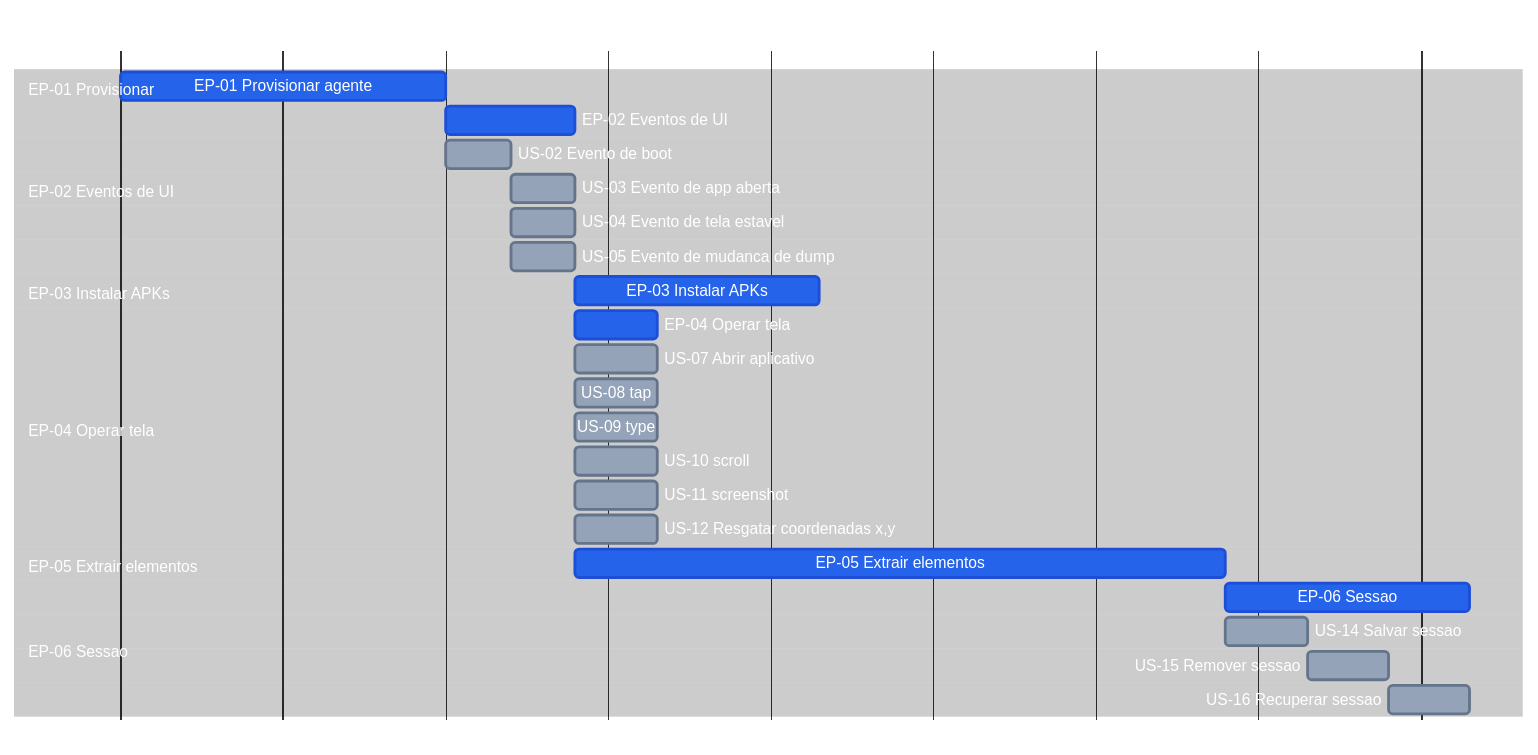
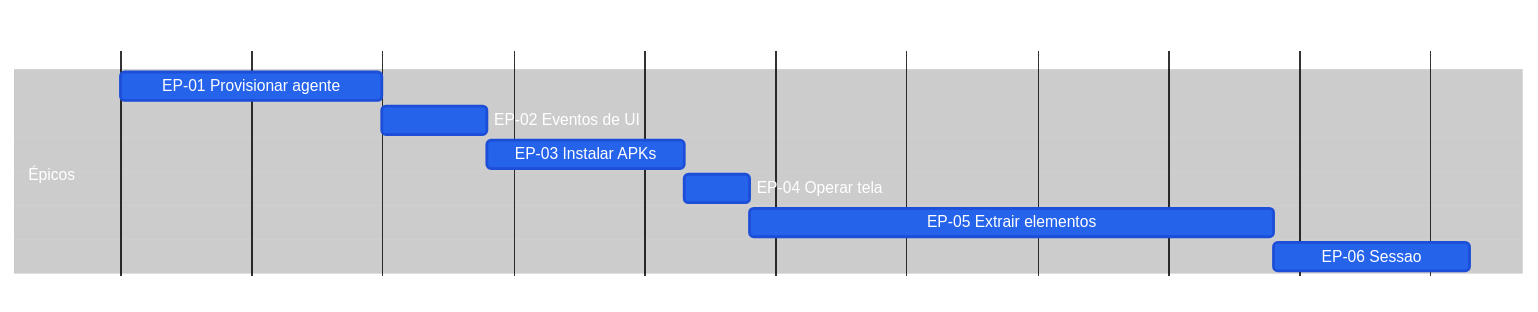
Before and after one commit to laerciogermano/workstation: the diagram in connectmax/screen-robot/roadmap.md, drawn with Mermaid. The commit also changed other lines of this file and 3 other files, not shown here.

First line of the commit message:
Roadmap só com fases maiores (épicos), sequenciais — sem US/SC no Gantt.

````diff
--- a/connectmax/screen-robot/roadmap.md
+++ b/connectmax/screen-robot/roadmap.md
@@ -9,70 +9,47 @@
 ```mermaid
 ---
 config:
   theme: base
   themeVariables:
     darkMode: true
     background: '#000000'
     primaryTextColor: '#ffffff'
     secondaryTextColor: '#ffffff'
     tertiaryTextColor: '#ffffff'
     textColor: '#ffffff'
     lineColor: '#333333'
     mainBkg: '#000000'
     secondaryColor: '#000000'
     tertiaryColor: '#000000'
     sectionBkgColor: '#000000'
     sectionBkgColor2: '#000000'
     altSectionBkgColor: '#000000'
     gridColor: '#222222'
     excludeBkgColor: '#000000'
     todayLineColor: '#444444'
     doneTaskBkgColor: '#2563eb'
     doneTaskBorderColor: '#1d4ed8'
     taskBkgColor: '#94a3b8'
     taskBorderColor: '#64748b'
     taskTextColor: '#ffffff'
     taskTextDarkColor: '#ffffff'
     taskTextLightColor: '#ffffff'
     taskTextOutsideColor: '#ffffff'
     critBkgColor: '#2563eb'
     critBorderColor: '#1d4ed8'
     activeTaskBkgColor: '#94a3b8'
     activeTaskBorderColor: '#64748b'
 ---
 gantt
-  title screen-robot EP/US minutos IA
+  title screen-robot épicos (sequencial)
   dateFormat X
   axisFormat %s
 
-  section EP-01 Provisionar
+  section Épicos
   EP-01 Provisionar agente              :done, ep01, 0, 60m
-
-  section EP-02 Eventos de UI
   EP-02 Eventos de UI                   :done, ep02, after ep01, 24m
-  US-02 Evento de boot                  :us02, after ep01, 12m
-  US-03 Evento de app aberta            :us03, after us02, 12m
-  US-04 Evento de tela estavel          :us04, after us02, 12m
-  US-05 Evento de mudanca de dump       :us05, after us02, 12m
-
-  section EP-03 Instalar APKs
-  EP-03 Instalar APKs                   :done, ep03, after us05, 45m
-
-  section EP-04 Operar tela
-  EP-04 Operar tela                     :done, ep04, after us05, 15m
-  US-07 Abrir aplicativo                :us07, after us05, 15m
-  US-08 tap                             :us08, after us05, 15m
-  US-09 type                            :us09, after us05, 15m
-  US-10 scroll                          :us10, after us05, 15m
-  US-11 screenshot                      :us11, after us05, 15m
-  US-12 Resgatar coordenadas x,y        :us12, after us05, 15m
-
-  section EP-05 Extrair elementos
-  EP-05 Extrair elementos               :done, ep05, after us05, 120m
-
-  section EP-06 Sessao
+  EP-03 Instalar APKs                   :done, ep03, after ep02, 45m
+  EP-04 Operar tela                     :done, ep04, after ep03, 15m
+  EP-05 Extrair elementos               :done, ep05, after ep04, 120m
   EP-06 Sessao                          :done, ep06, after ep05, 45m
-  US-14 Salvar sessao                   :us14, after ep05, 15m
-  US-15 Remover sessao                  :us15, after us14, 15m
-  US-16 Recuperar sessao                :us16, after us15, 15m
 ```
````
